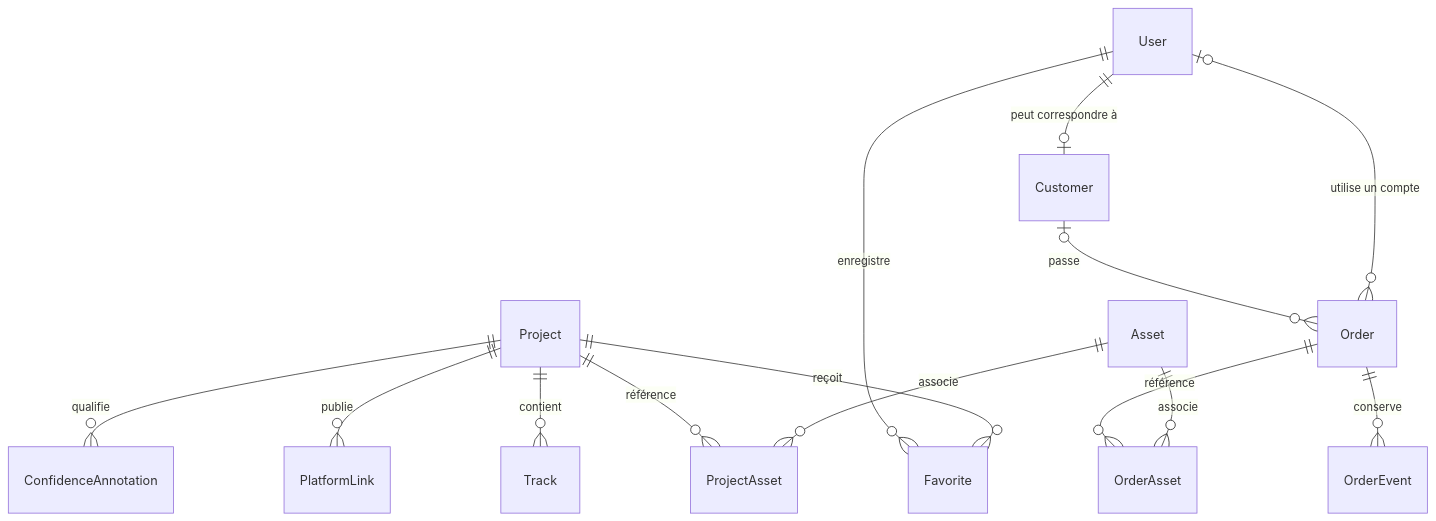
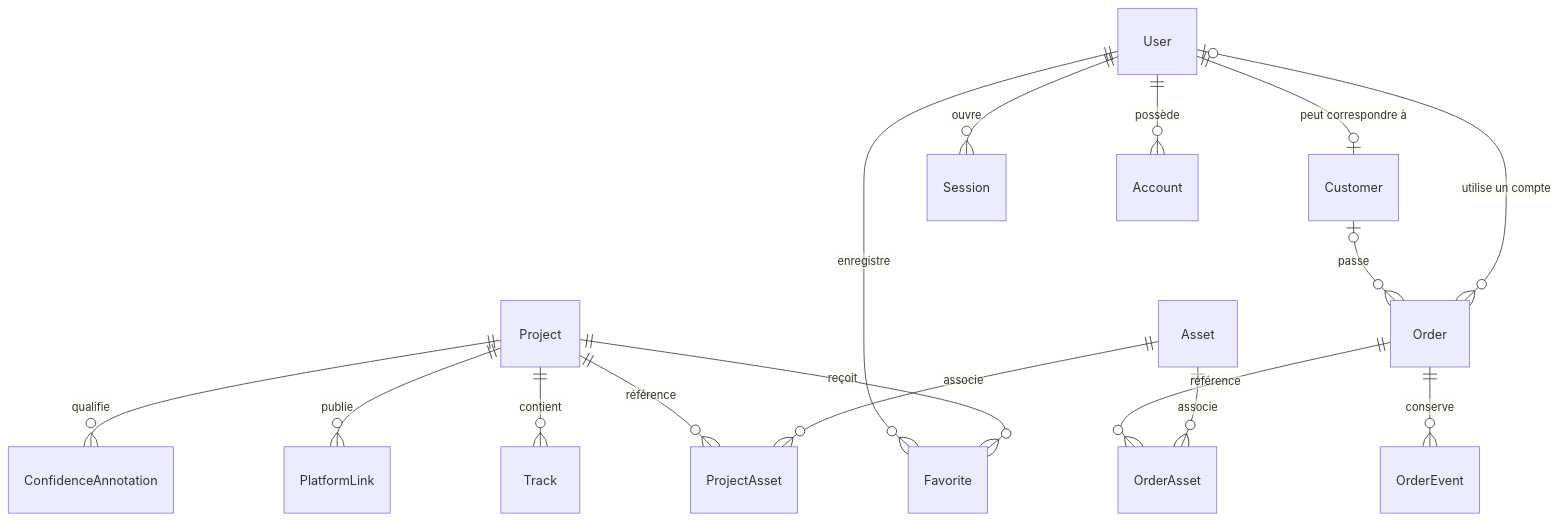
Before and after one commit to LNXBeats/lnxbeats-site: the diagram in docs/DATA_MODEL.md, drawn with Mermaid. The commit also changed other lines of this file and 32 other files, not shown here.

````diff
--- a/docs/DATA_MODEL.md
+++ b/docs/DATA_MODEL.md
@@ -11,16 +11,18 @@
 ```mermaid
 erDiagram
   User ||--o| Customer : "peut correspondre à"
+  User ||--o{ Session : ouvre
+  User ||--o{ Account : possède
   User ||--o{ Favorite : enregistre
   Project ||--o{ Favorite : reçoit
   Customer o|--o{ Order : passe
   User o|--o{ Order : "utilise un compte"
   Order ||--o{ OrderEvent : conserve
   Project ||--o{ Track : contient
   Project ||--o{ PlatformLink : publie
   Project ||--o{ ConfidenceAnnotation : qualifie
   Project ||--o{ ProjectAsset : référence
   Asset ||--o{ ProjectAsset : associe
   Order ||--o{ OrderAsset : référence
   Asset ||--o{ OrderAsset : associe
 ```
````
